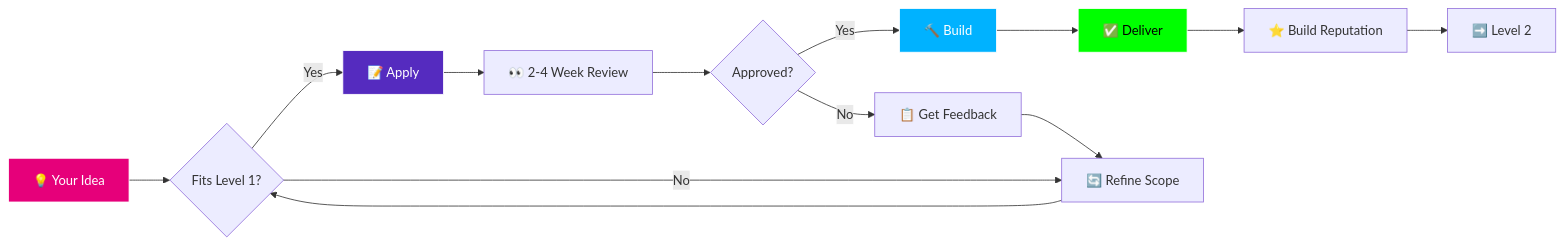
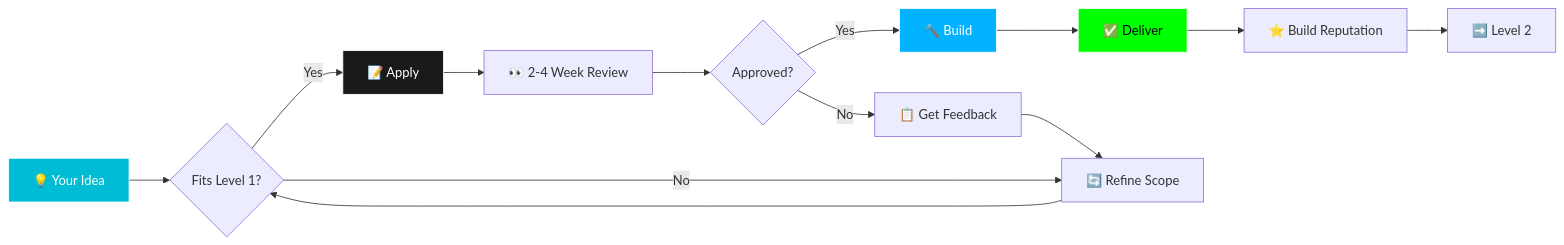
Before and after one commit to openguild-labs/polkadot-codecamp: the fourth of 17 diagrams in slides/polkadot-grant-ecosystem.md, drawn with Mermaid. The commit also changed other lines of this file and 6 other files, not shown here.

````diff
--- a/slides/polkadot-grant-ecosystem.md
+++ b/slides/polkadot-grant-ecosystem.md
@@ -186,22 +186,22 @@
 ```mermaid
 graph LR
     IDEA[💡 Your Idea] --> CHECK{Fits Level 1?}
     CHECK -->|Yes| APPLY[📝 Apply]
     CHECK -->|No| REFINE[🔄 Refine Scope]
     REFINE --> CHECK
 
     APPLY --> REVIEW[👀 2-4 Week Review]
     REVIEW --> DECISION{Approved?}
     DECISION -->|Yes| BUILD[🔨 Build]
     DECISION -->|No| FEEDBACK[📋 Get Feedback]
     FEEDBACK --> REFINE
 
     BUILD --> DELIVER[✅ Deliver]
     DELIVER --> REPUTATION[⭐ Build Reputation]
     REPUTATION --> NEXT[➡️ Level 2]
 
-    style IDEA fill:#E6007A,stroke:#fff,color:#fff
-    style APPLY fill:#552BBF,stroke:#fff,color:#fff
+    style IDEA fill:#00BCD4,stroke:#fff,color:#fff
+    style APPLY fill:#1a1a1a,stroke:#fff,color:#fff
     style BUILD fill:#00B2FF,stroke:#fff,color:#fff
     style DELIVER fill:#00ff00,stroke:#fff,color:#000
 ```
````
